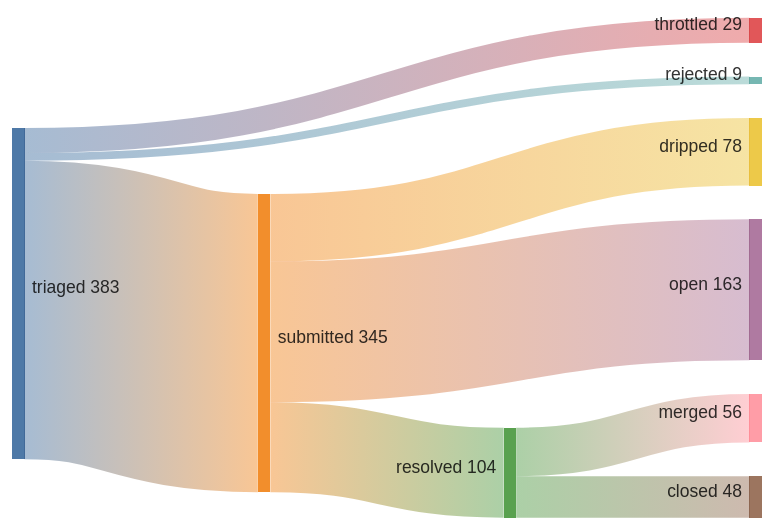
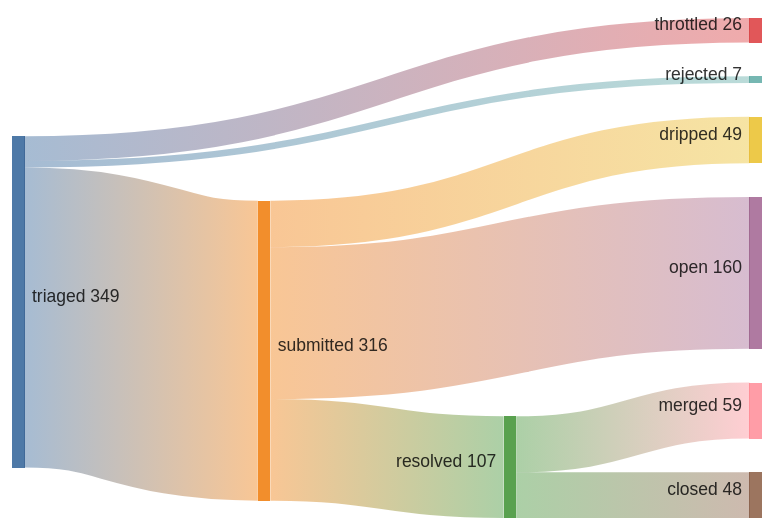
Before and after one commit to kimjune01/kimjune01: the first of 3 diagrams in README.md, drawn with Mermaid. The commit also changed other lines of this file, not shown here.

````diff
--- a/README.md
+++ b/README.md
@@ -5,11 +5,11 @@
 ```mermaid
 sankey-beta
-    triaged,    submitted, 345
-    triaged,    throttled, 29
-    triaged,    rejected,  9
-    submitted,  resolved,  104
-    submitted,  dripped,   78
-    submitted,  open,      163
-    resolved,   merged,    56
+    triaged,    submitted, 316
+    triaged,    throttled, 26
+    triaged,    rejected,  7
+    submitted,  resolved,  107
+    submitted,  dripped,   49
+    submitted,  open,      160
+    resolved,   merged,    59
     resolved,   closed,    48
 ```
````
